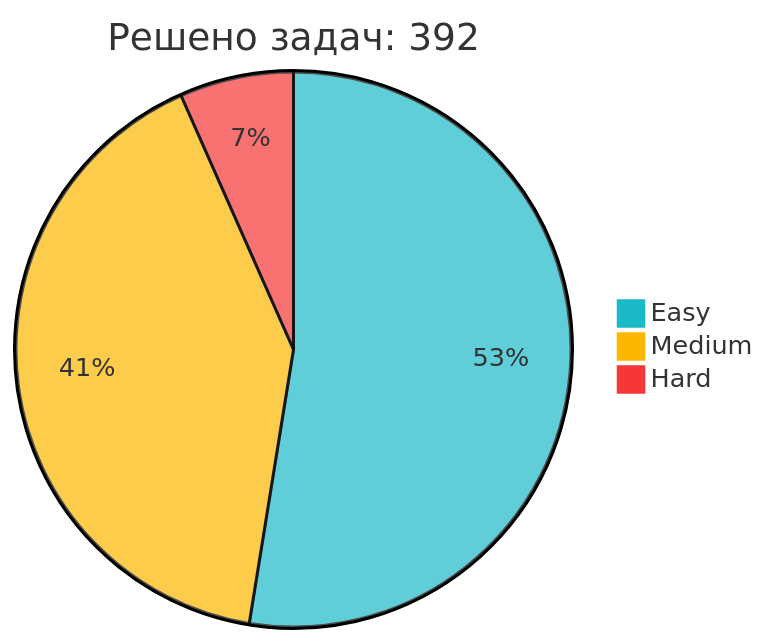
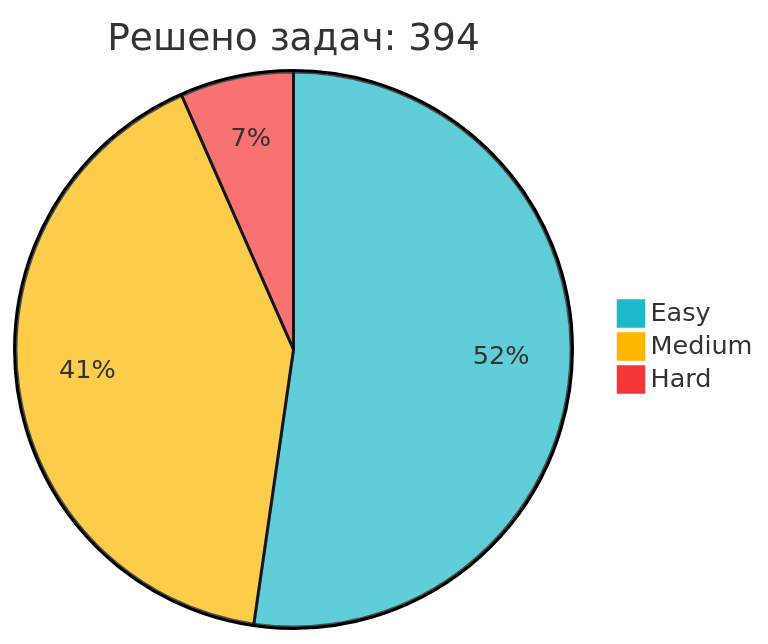
Before and after one commit to IliaKurdukov/IliaKurdukov: the diagram in README.md, drawn with Mermaid. The commit also changed other lines of this file, not shown here.

Commit message:
📈 Обновление статистики LeetCode

````diff
--- a/README.md
+++ b/README.md
@@ -51,7 +51,7 @@
 ```mermaid
 %%{init: {'theme': 'base', 'themeVariables': { 'pie1': '#1CBAC8', 'pie2': '#FEB700', 'pie3': '#F63737' }, 'config': {'width': 300, 'height': 200}}}%%
-pie title Решено задач: 392
+pie title Решено задач: 394
    "Easy" : 206
-   "Medium" : 160
+   "Medium" : 162
    "Hard" : 26
 ```
````
